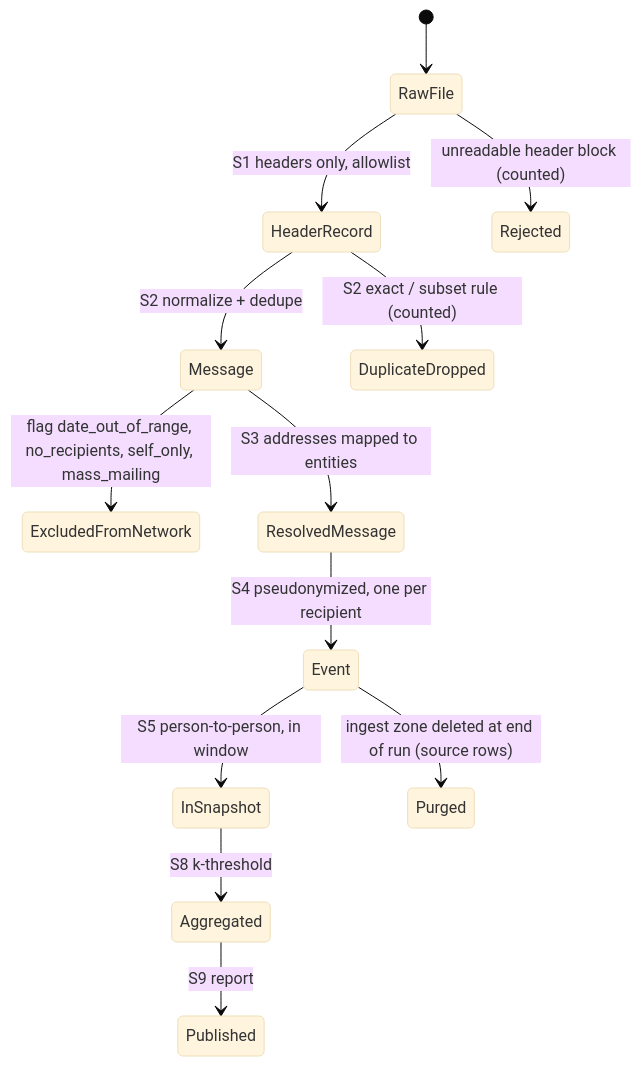
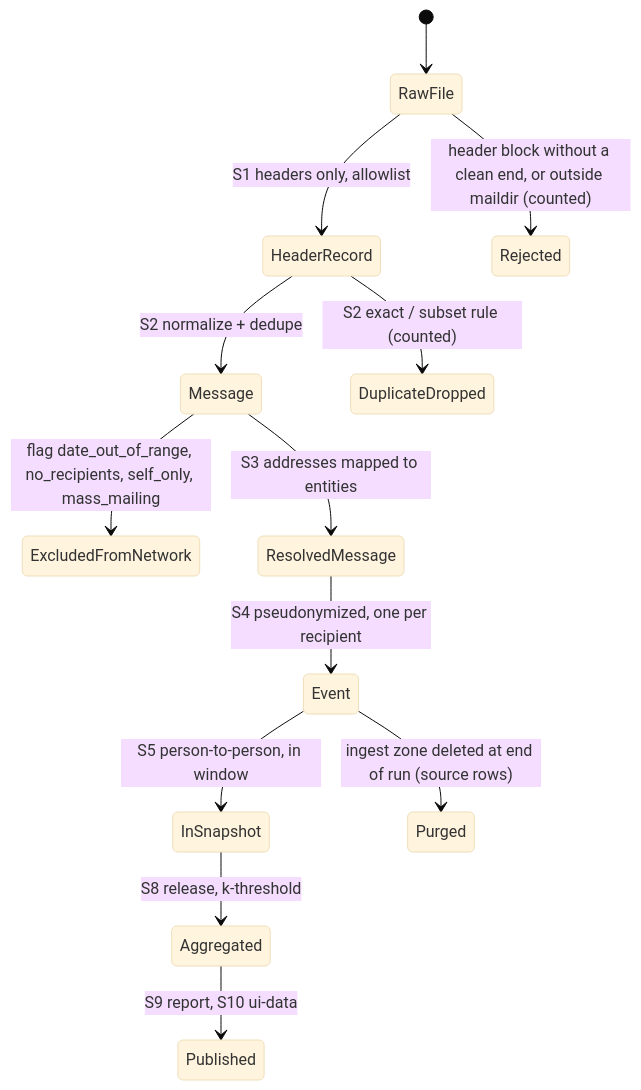
The second of 3 diagrams in specs/001-enron-network-analysis/data-model.md (marcusvieira88/network-science), drawn with Mermaid (base theme) before and after one commit. The commit also changed other lines of this file and 2 other files, not shown here.

First line of the commit message:
Docs as built: contracts 1.4, header allowlist as enforced, data model

````diff
--- a/specs/001-enron-network-analysis/data-model.md
+++ b/specs/001-enron-network-analysis/data-model.md
@@ -87,15 +118,15 @@
 ```mermaid
 stateDiagram-v2
     [*] --> RawFile
     RawFile --> HeaderRecord: S1 headers only, allowlist
-    RawFile --> Rejected: unreadable header block (counted)
     HeaderRecord --> Message: S2 normalize + dedupe
     HeaderRecord --> DuplicateDropped: S2 exact / subset rule (counted)
+    RawFile --> Rejected: header block without a clean end, or outside maildir (counted)
     Message --> ExcludedFromNetwork: flag date_out_of_range, no_recipients, self_only, mass_mailing
     Message --> ResolvedMessage: S3 addresses mapped to entities
     ResolvedMessage --> Event: S4 pseudonymized, one per recipient
     Event --> InSnapshot: S5 person-to-person, in window
-    InSnapshot --> Aggregated: S8 k-threshold
-    Aggregated --> Published: S9 report
+    InSnapshot --> Aggregated: S8 release, k-threshold
+    Aggregated --> Published: S9 report, S10 ui-data
     Event --> Purged: ingest zone deleted at end of run (source rows)
 ```
````
